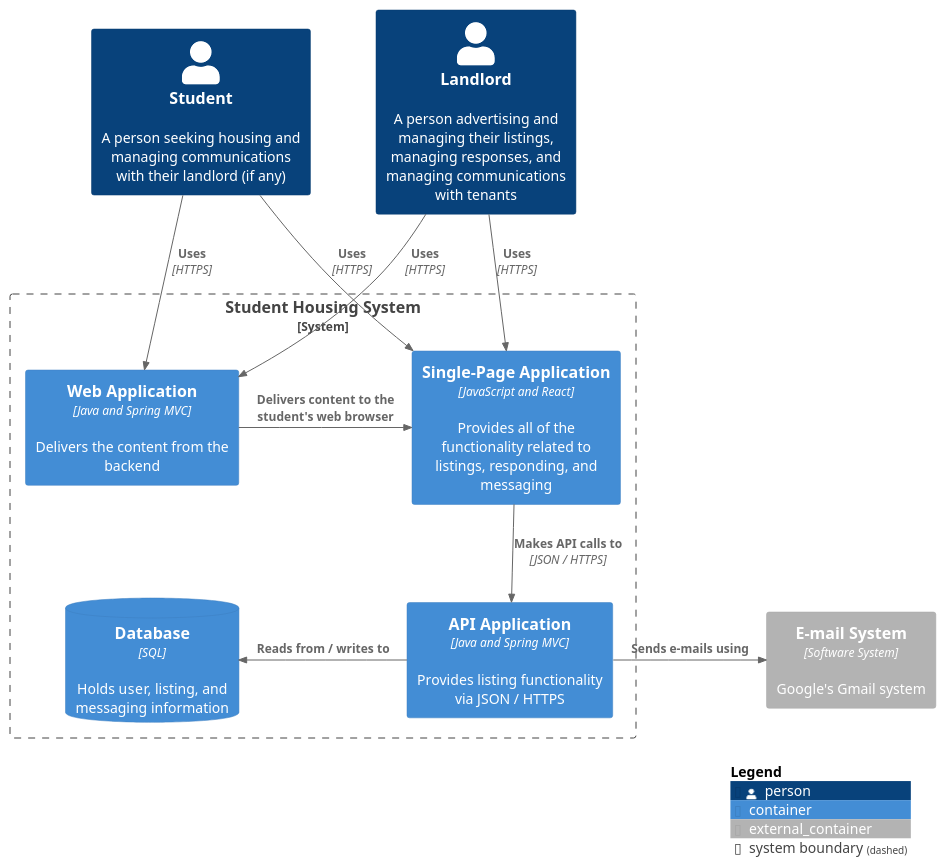
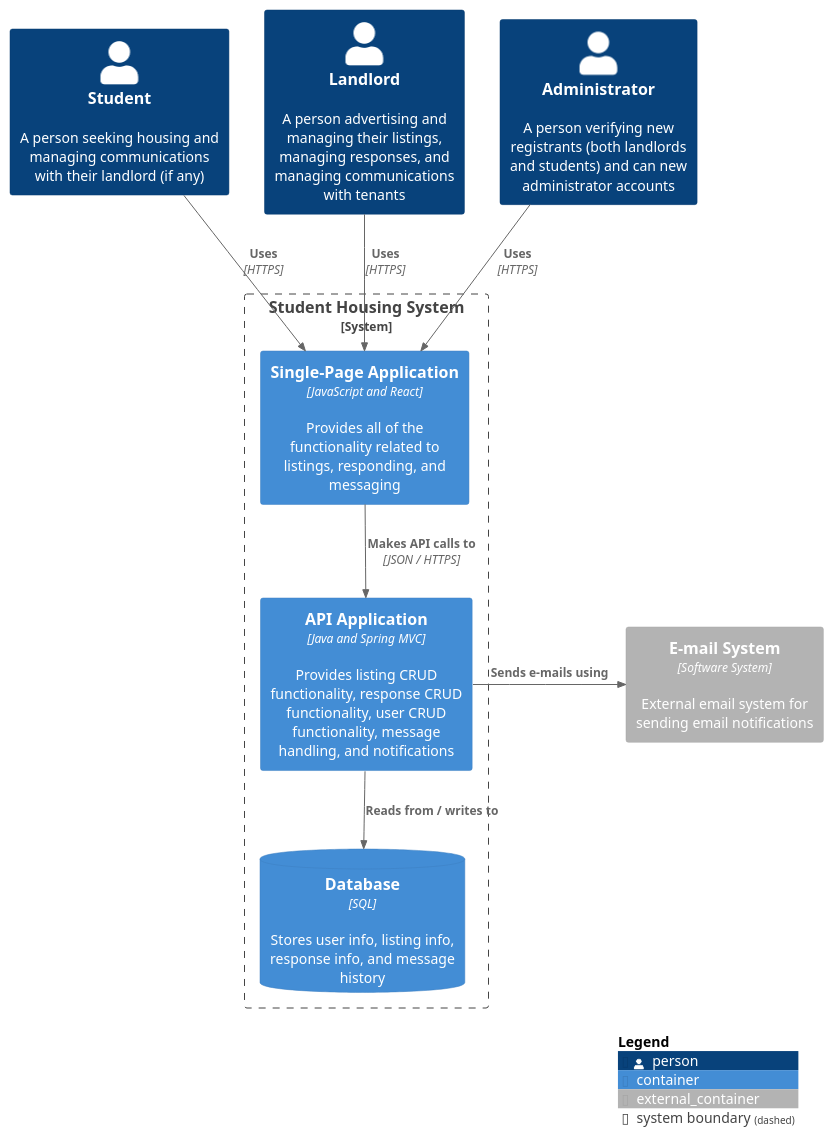
One commit to lex-kort/s3-roomies-backend changed the diagram in docs/uml-diagrams/c2-diagram.puml. Above: the diagram before and after it, drawn with PlantUML. The commit also changed 2 other files, not shown here.

Commit message:
Update C4 diagrams

```diff
--- a/docs/uml-diagrams/c2-diagram.puml
+++ b/docs/uml-diagrams/c2-diagram.puml
@@ -1,28 +1,25 @@
 @startuml "C2 Diagram"
 !include https://raw.githubusercontent.com/plantuml-stdlib/C4-PlantUML/master/C4_Container.puml
 
 Person(student, "Student", "A person seeking housing and managing communications with their landlord (if any)")
 Person(landlord, "Landlord", "A person advertising and managing their listings, managing responses, and managing communications with tenants")
+Person(admin, "Administrator", "A person verifying new registrants (both landlords and students) and can new administrator accounts")
 
 System_Boundary(c2,  "Student Housing System", "Software System"){
-    Container(web_app, "Web Application", "Java and Spring MVC", "Delivers the content from the backend") 
     Container(sp_app, "Single-Page Application", "JavaScript and React", "Provides all of the functionality related to listings, responding, and messaging")
-    Container(api_app, "API Application", "Java and Spring MVC", "Provides listing functionality via JSON / HTTPS")
-    ContainerDb(db, "Database", "SQL", "Holds user, listing, and messaging information")
+    Container(api_app, "API Application", "Java and Spring MVC", "Provides listing CRUD functionality, response CRUD functionality, user CRUD functionality, message handling, and notifications")
+    ContainerDb(db, "Database", "SQL", "Stores user info, listing info, response info, and message history")
 }
 
-Container_Ext(mail_serv, "E-mail System", "Software System", "Google's Gmail system")
+Container_Ext(mail_serv, "E-mail System", "Software System", "External email system for sending email notifications")
 
-Rel(student, web_app, "Uses", "HTTPS") /'Visits studenthousing.com using'/
 Rel(student, sp_app, "Uses", "HTTPS") /'Views listings, responds to listings, and messages landlords using'/
+Rel(landlord, sp_app, "Uses", "HTTPS") /'Views listings, responds to listings, and messages landlords using'/
+Rel(admin, sp_app, "Uses", "HTTPS")
 
-Rel(landlord, web_app, "Uses", "HTTPS") /'Visits studenthousing.com using'/
-Rel(landlord, sp_app, "Uses", "HTTPS") /'Views listings, responds to listings, and messages landlords using'/
-
-Rel_R(web_app, sp_app, "Delivers content to the student's web browser")
 Rel(sp_app, api_app, "Makes API calls to", "JSON / HTTPS")
-Rel_L(api_app, db, "Reads from / writes to")
+Rel(api_app, db, "Reads from / writes to")
 Rel_R(api_app, mail_serv, "Sends e-mails using")
 
 SHOW_LEGEND()
 @enduml
```
